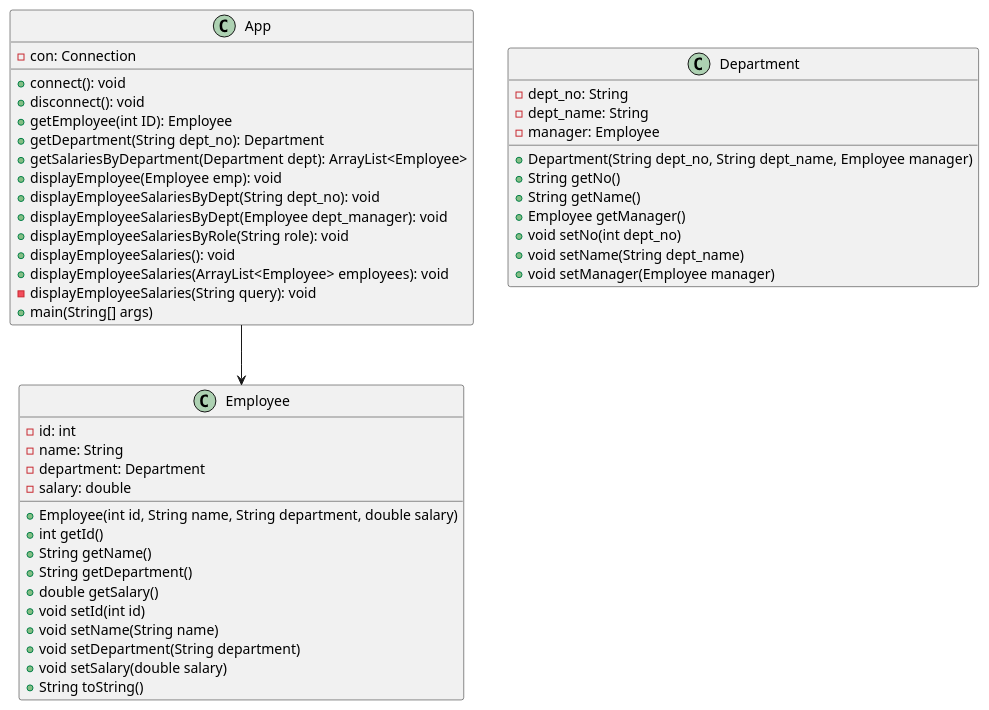
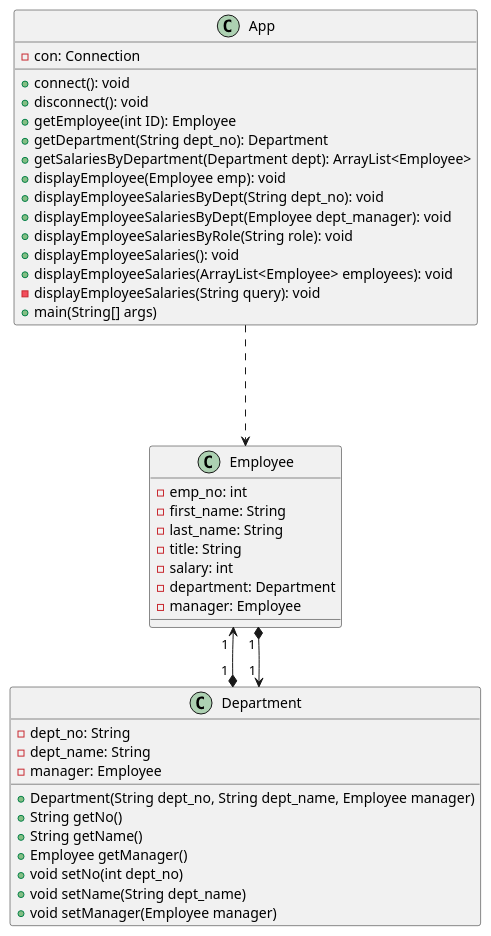
Before and after one commit to ReeceASmith/enu-sem: the diagram in src/main/java/com/napier/sem/UML Class Diagram.puml, drawn with PlantUML.

Commit message:
Updated UML class diagram

```diff
--- a/src/main/java/com/napier/sem/UML Class Diagram.puml
+++ b/src/main/java/com/napier/sem/UML Class Diagram.puml
@@ -1,53 +1,48 @@
 @startuml
 'https://plantuml.com/class-diagram
 class Employee {
-    -id: int
-    -name: String
+    -emp_no: int
+    -first_name: String
+    -last_name: String
+    -title: String
+    -salary: int
     -department: Department
-    -salary: double
-    +Employee(int id, String name, String department, double salary)
-    +int getId()
-    +String getName()
-    +String getDepartment()
-    +double getSalary()
-    +void setId(int id)
-    +void setName(String name)
-    +void setDepartment(String department)
-    +void setSalary(double salary)
-    +String toString()
+    -manager: Employee
 }
 class App {
     -con: Connection
 
     +connect(): void
     +disconnect(): void
     +getEmployee(int ID): Employee
     +getDepartment(String dept_no): Department
     +getSalariesByDepartment(Department dept): ArrayList<Employee>
     +displayEmployee(Employee emp): void
     +displayEmployeeSalariesByDept(String dept_no): void
     +displayEmployeeSalariesByDept(Employee dept_manager): void
     +displayEmployeeSalariesByRole(String role): void
     +displayEmployeeSalaries(): void
     +displayEmployeeSalaries(ArrayList<Employee> employees): void
     -displayEmployeeSalaries(String query): void
     +main(String[] args)
 }
 
 class Department {
     -dept_no: String
     -dept_name: String
     -manager: Employee
 
     +Department(String dept_no, String dept_name, Employee manager)
     +String getNo()
     +String getName()
     +Employee getManager()
     +void setNo(int dept_no)
     +void setName(String dept_name)
     +void setManager(Employee manager)
 }
 
-App --> Employee
+App --.> Employee
+Employee " 1 " <--* " 1 " Department
+Employee " 1 " *--> " 1 " Department
 
 @enduml
```
